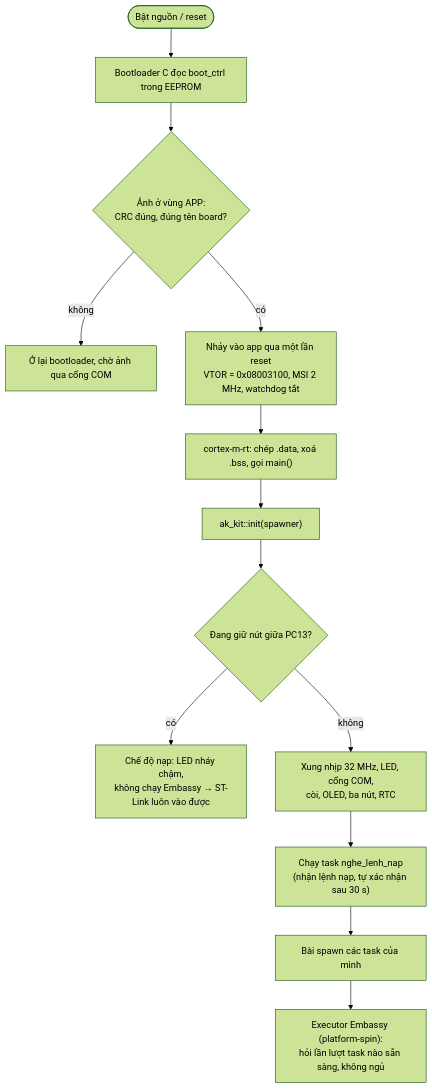
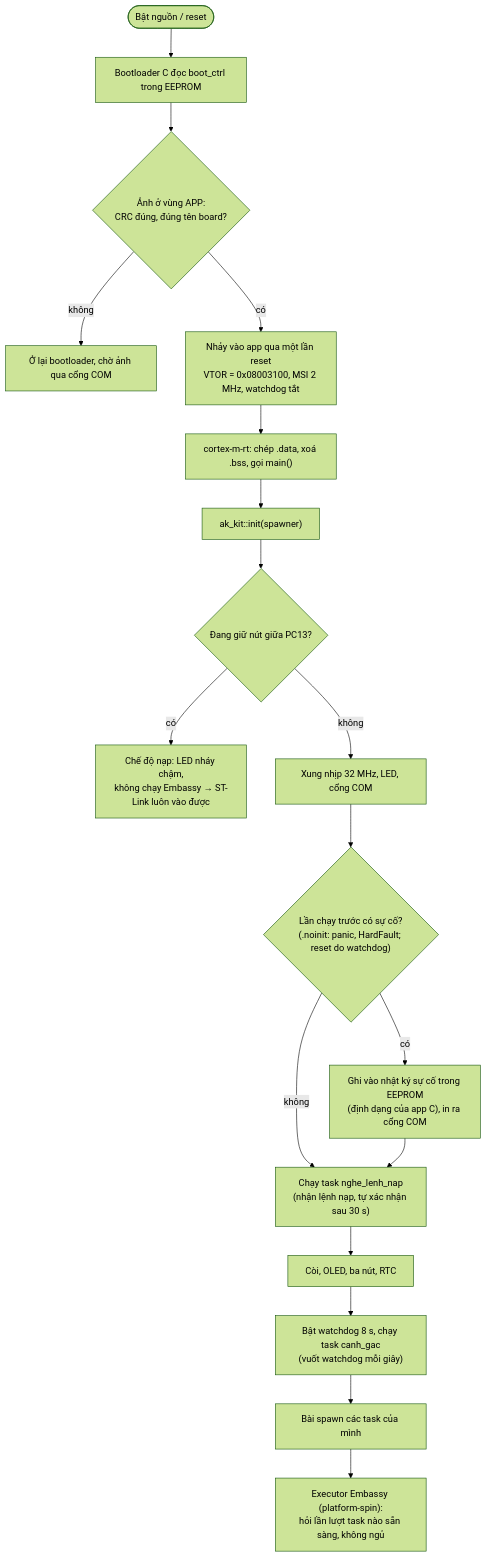
The second of 10 diagrams in docs/so-do.md (hohoanganh/ak-mcu-rust), drawn with Mermaid (forest theme) before and after one commit. The commit also changed other lines of this file and 16 other files, not shown here.

First line of the commit message:
ak-kit: watchdog 8 s và nhật ký sự cố cùng định dạng app C

````diff
--- a/docs/so-do.md
+++ b/docs/so-do.md
@@ -47,15 +47,20 @@
 ```mermaid
 flowchart TD
     RST(["Bật nguồn / reset"]) --> BL["Bootloader C đọc boot_ctrl trong EEPROM"]
     BL --> CHK{"Ảnh ở vùng APP:<br/>CRC đúng, đúng tên board?"}
     CHK -- "không" --> LOADER["Ở lại bootloader, chờ ảnh qua cổng COM"]
     CHK -- "có" --> JMP["Nhảy vào app qua một lần reset<br/>VTOR = 0x08003100, MSI 2 MHz, watchdog tắt"]
     JMP --> INIT["cortex-m-rt: chép .data, xoá .bss, gọi main()"]
     INIT --> KIT["ak_kit::init(spawner)"]
     KIT --> NUT{"Đang giữ nút giữa PC13?"}
     NUT -- "có" --> NAP["Chế độ nạp: LED nháy chậm,<br/>không chạy Embassy → ST-Link luôn vào được"]
-    NUT -- "không" --> HW["Xung nhịp 32 MHz, LED, cổng COM,<br/>còi, OLED, ba nút, RTC"]
-    HW --> TASK["Chạy task nghe_lenh_nap<br/>(nhận lệnh nạp, tự xác nhận sau 30 s)"]
-    TASK --> MAIN["Bài spawn các task của mình"]
+    NUT -- "không" --> HW["Xung nhịp 32 MHz, LED, cổng COM"]
+    HW --> SC{"Lần chạy trước có sự cố?<br/>(.noinit: panic, HardFault; reset do watchdog)"}
+    SC -- "có" --> GHI["Ghi vào nhật ký sự cố trong EEPROM<br/>(định dạng của app C), in ra cổng COM"]
+    SC -- "không" --> TASK
+    GHI --> TASK["Chạy task nghe_lenh_nap<br/>(nhận lệnh nạp, tự xác nhận sau 30 s)"]
+    TASK --> HW2["Còi, OLED, ba nút, RTC"]
+    HW2 --> WDG["Bật watchdog 8 s, chạy task canh_gac<br/>(vuốt watchdog mỗi giây)"]
+    WDG --> MAIN["Bài spawn các task của mình"]
     MAIN --> EXE["Executor Embassy (platform-spin):<br/>hỏi lần lượt task nào sẵn sàng, không ngủ"]
 ```
````
